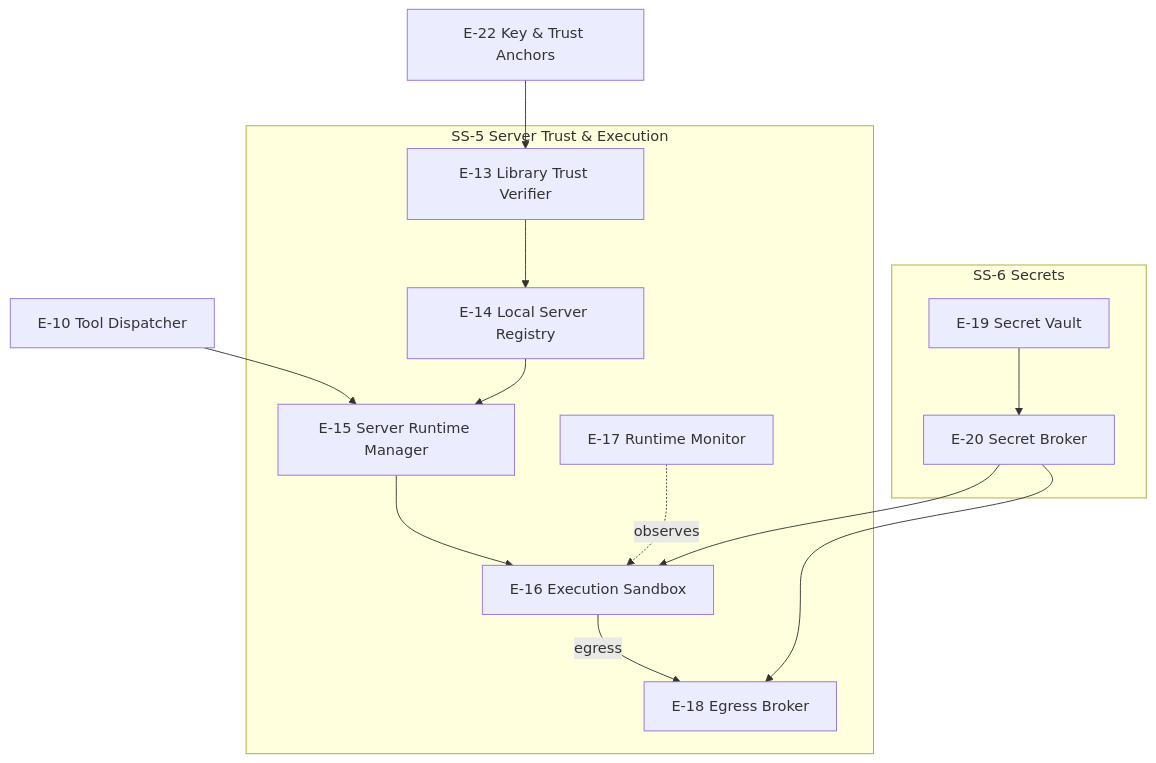
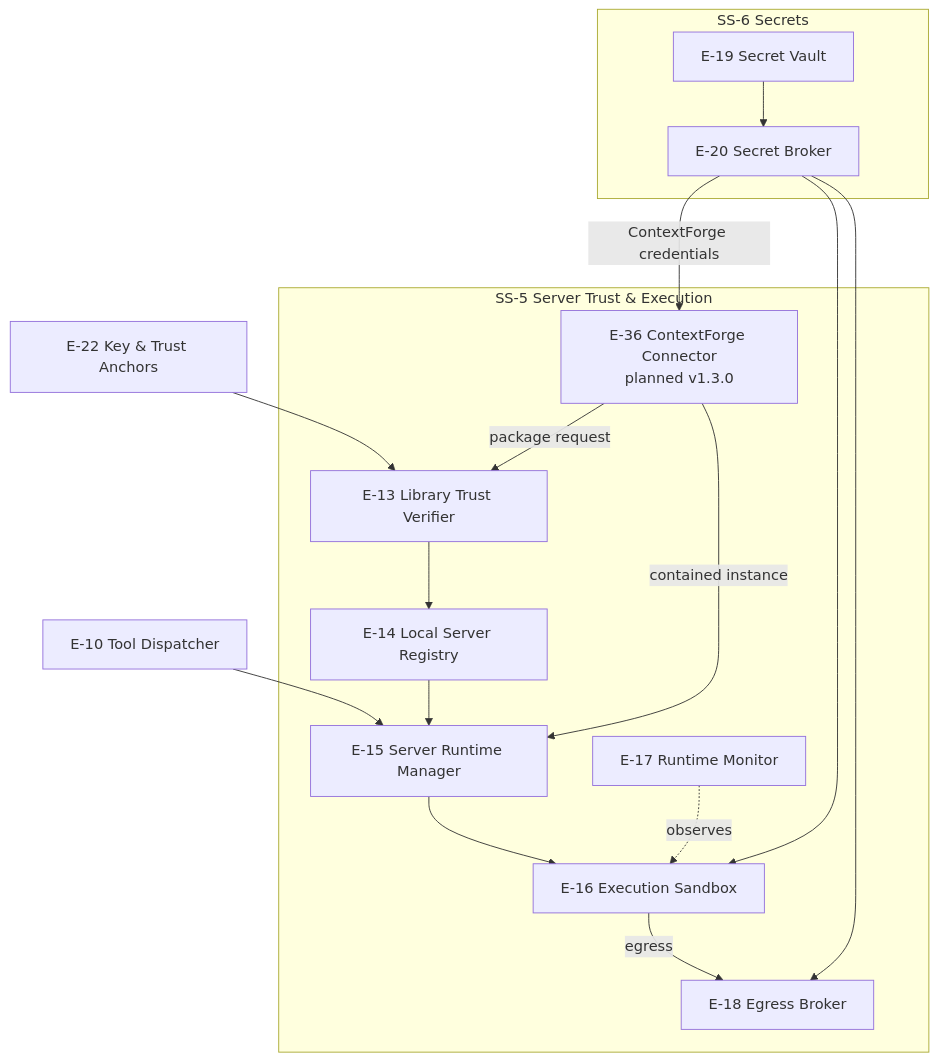
One commit to ethan03805/Secure-MCP-Gateway changed the fifth of 20 diagrams in ArchitectureV2.md. Above: the diagram before and after it, drawn with Mermaid. The commit also changed other lines of this file and 10 other files, not shown here.

First line of the commit message:
ContextForge integration requirements (FR-22, planned v1.3.0) (#138)

````diff
--- a/ArchitectureV2.md
+++ b/ArchitectureV2.md
@@ -176,24 +177,28 @@
 ```mermaid
 flowchart TB
   E10[E-10 Tool Dispatcher] --> E15
   E22[E-22 Key & Trust Anchors] --> E13
   subgraph SS5[SS-5 Server Trust & Execution]
     E13[E-13 Library Trust Verifier]
     E14[E-14 Local Server Registry]
     E15[E-15 Server Runtime Manager]
     E16[E-16 Execution Sandbox]
     E17[E-17 Runtime Monitor]
     E18[E-18 Egress Broker]
+    E36[E-36 ContextForge Connector<br/>planned v1.3.0]
   end
   subgraph SS6[SS-6 Secrets]
     E19[E-19 Secret Vault]
     E20[E-20 Secret Broker]
   end
   E13 --> E14 --> E15
   E15 --> E16
   E17 -.observes.-> E16
   E16 -->|egress| E18
   E20 --> E16
   E20 --> E18
   E19 --> E20
+  E36 -->|package request| E13
+  E36 -->|contained instance| E15
+  E20 -->|ContextForge credentials| E36
 ```
````
